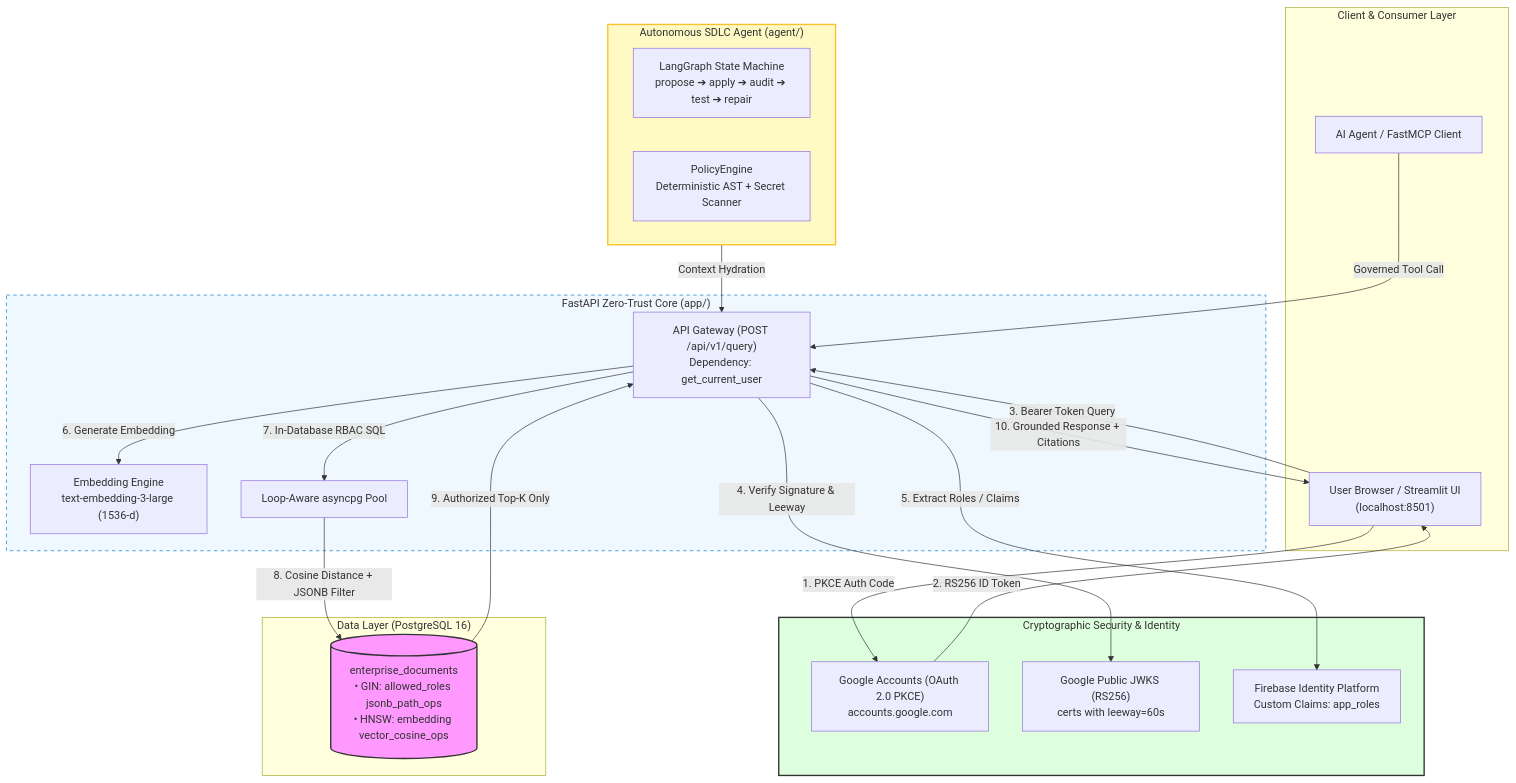
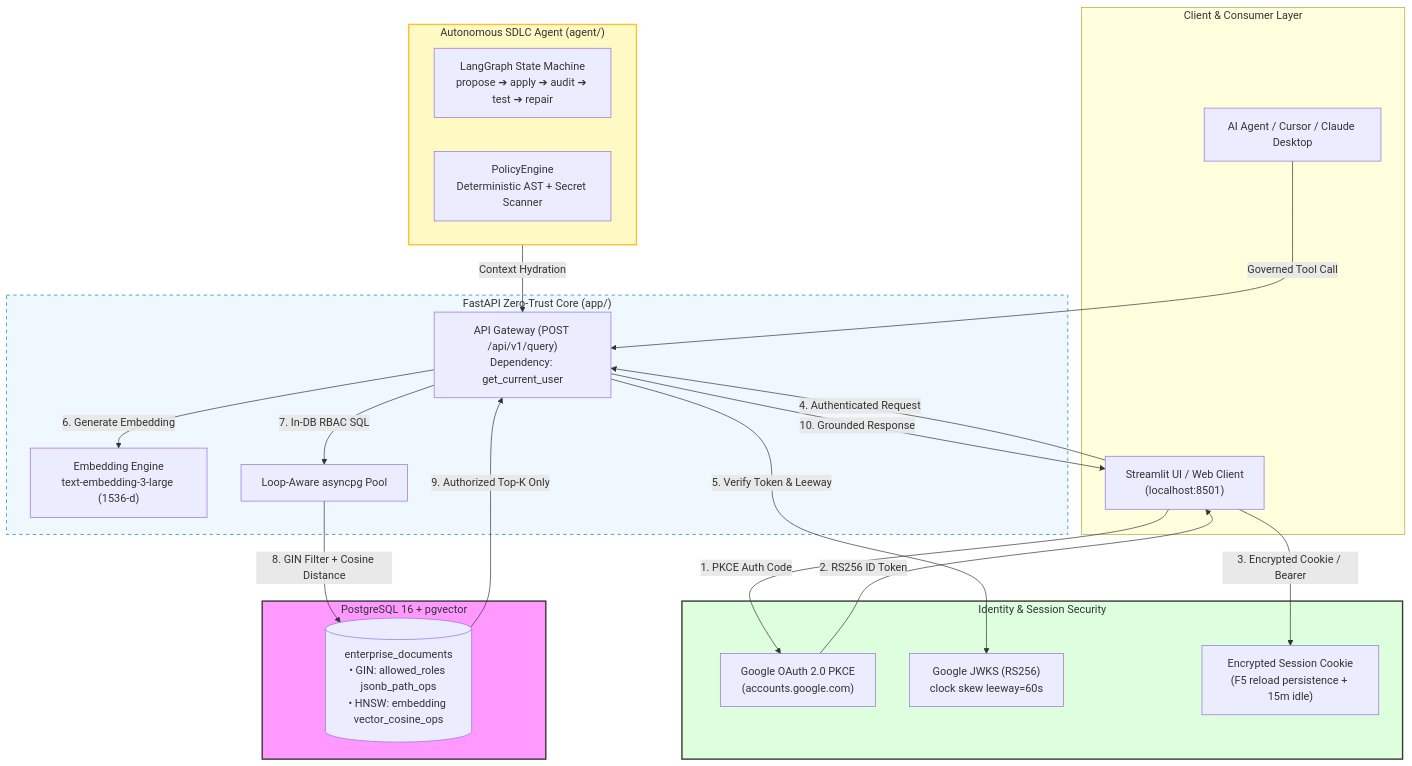
Before and after one commit to Kenono2000/enterprise-rag-pgvector-rbac: the diagram in README.md, drawn with Mermaid. The commit also changed other lines of this file and 2 other files, not shown here.

````diff
--- a/README.md
+++ b/README.md
@@ -57,47 +42,47 @@
 ```mermaid
 flowchart TB
     subgraph Client ["Client & Consumer Layer"]
-        browser["User Browser / Streamlit UI<br/>(localhost:8501)"]
-        mcp_client["AI Agent / FastMCP Client"]
+        browser["Streamlit UI / Web Client<br/>(localhost:8501)"]
+        mcp_client["AI Agent / Cursor / Claude Desktop"]
     end
 
-    subgraph Identity ["Cryptographic Security & Identity"]
-        google["Google Accounts (OAuth 2.0 PKCE)<br/>accounts.google.com"]
-        jwks["Google Public JWKS (RS256)<br/>certs with leeway=60s"]
-        firebase["Firebase Identity Platform<br/>Custom Claims: app_roles"]
+    subgraph Identity ["Identity & Session Security"]
+        google["Google OAuth 2.0 PKCE<br/>(accounts.google.com)"]
+        jwks["Google JWKS (RS256)<br/>clock skew leeway=60s"]
+        cookie["Encrypted Session Cookie<br/>(F5 reload persistence + 15m idle)"]
     end
 
-    subgraph Microservice ["FastAPI Zero-Trust Core (app/)"]
+    subgraph Backend ["FastAPI Zero-Trust Core (app/)"]
         api["API Gateway (POST /api/v1/query)<br/>Dependency: get_current_user"]
         embed["Embedding Engine<br/>text-embedding-3-large (1536-d)"]
         pool["Loop-Aware asyncpg Pool"]
     end
 
-    subgraph Data ["Data Layer (PostgreSQL 16)"]
+    subgraph Database ["PostgreSQL 16 + pgvector"]
         db[("enterprise_documents<br/>• GIN: allowed_roles jsonb_path_ops<br/>• HNSW: embedding vector_cosine_ops")]
     end
 
-    subgraph SDLC ["Autonomous SDLC Agent (agent/)"]
+    subgraph Agent ["Autonomous SDLC Agent (agent/)"]
         langgraph["LangGraph State Machine<br/>propose ➔ apply ➔ audit ➔ test ➔ repair"]
         guardrails["PolicyEngine<br/>Deterministic AST + Secret Scanner"]
     end
 
     browser -->|1. PKCE Auth Code| google
     google -->|2. RS256 ID Token| browser
-    browser -->|3. Bearer Token Query| api
-    api -->|4. Verify Signature & Leeway| jwks
-    api -->|5. Extract Roles / Claims| firebase
+    browser -->|3. Encrypted Cookie / Bearer| cookie
+    browser -->|4. Authenticated Request| api
+    api -->|5. Verify Token & Leeway| jwks
     api -->|6. Generate Embedding| embed
-    api -->|7. In-Database RBAC SQL| pool
-    pool -->|8. Cosine Distance + JSONB Filter| db
+    api -->|7. In-DB RBAC SQL| pool
+    pool -->|8. GIN Filter + Cosine Distance| db
     db -->|9. Authorized Top-K Only| api
-    api -->|10. Grounded Response + Citations| browser
+    api -->|10. Grounded Response| browser
 
     mcp_client -->|Governed Tool Call| api
-    SDLC -->|Context Hydration| api
+    Agent -->|Context Hydration| api
 
-    style db fill:#f9f,stroke:#333,stroke-width:2px
+    style Database fill:#f9f,stroke:#333,stroke-width:2px
     style Identity fill:#dfd,stroke:#333,stroke-width:2px
-    style Microservice fill:#f0f8ff,stroke:#007acc,stroke-dasharray: 5 5
-    style SDLC fill:#fff9c4,stroke:#fbc02d,stroke-width:2px
+    style Backend fill:#f0f8ff,stroke:#007acc,stroke-dasharray: 5 5
+    style Agent fill:#fff9c4,stroke:#fbc02d,stroke-width:2px
 ```
````
